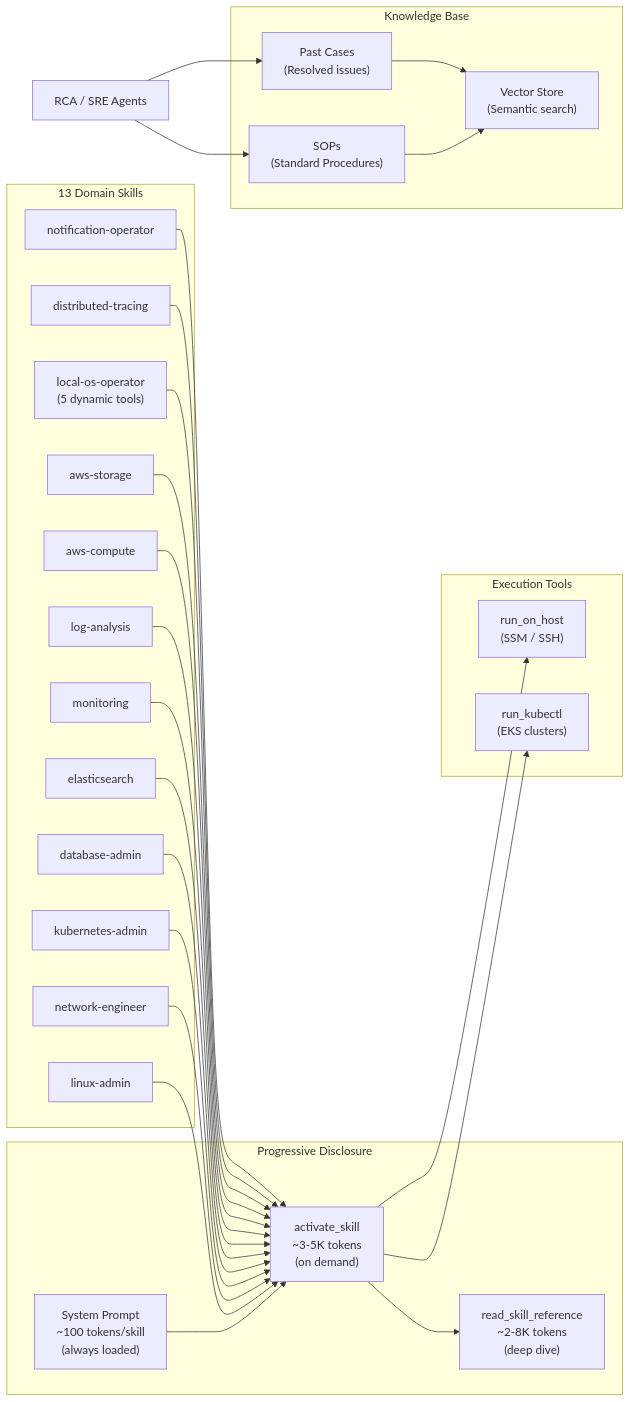
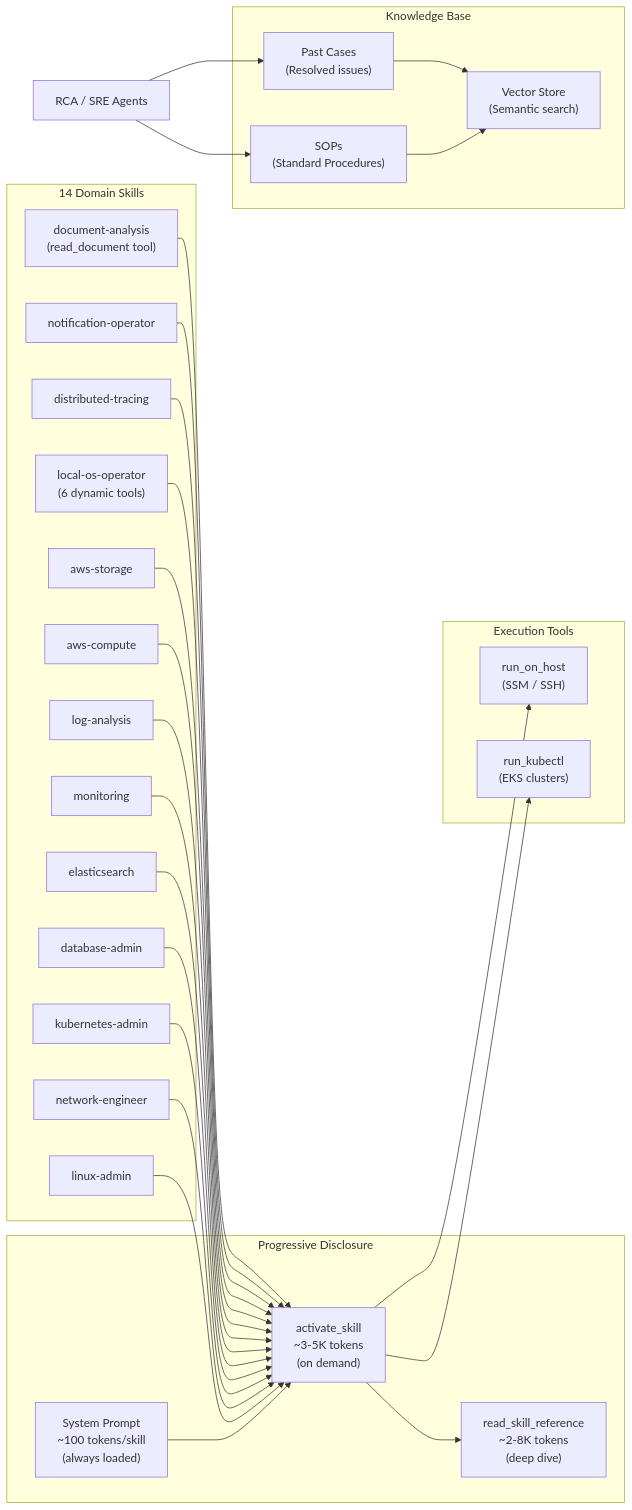
Before and after one commit to LiboMa/agenticops-chat: the seventh of 8 diagrams in docs/WORKFLOW.md, drawn with Mermaid. The commit also changed other lines of this file and 2 other files, not shown here.

Commit message:
docs: update skill count and add document-analysis to skill lists
Update CLAUDE.md, WORKFLOW.md, and ADDING_SKILLS.md to reflect the
current 14 domain skills (was 11 — missing distributed-tracing,
notification-operator, and the new document-analysis skill).

````diff
--- a/docs/WORKFLOW.md
+++ b/docs/WORKFLOW.md
@@ -312,55 +312,57 @@
 ```mermaid
 flowchart LR
     subgraph "Progressive Disclosure"
         PROMPT["System Prompt<br/>~100 tokens/skill<br/>(always loaded)"]
         ACTIVATE["activate_skill<br/>~3-5K tokens<br/>(on demand)"]
         REF["read_skill_reference<br/>~2-8K tokens<br/>(deep dive)"]
     end
 
-    subgraph "13 Domain Skills"
+    subgraph "14 Domain Skills"
         S1["linux-admin"]
         S2["network-engineer"]
         S3["kubernetes-admin"]
         S4["database-admin"]
         S5["elasticsearch"]
         S6["monitoring"]
         S7["log-analysis"]
         S8["aws-compute"]
         S9["aws-storage"]
-        S10["local-os-operator<br/>(5 dynamic tools)"]
+        S10["local-os-operator<br/>(6 dynamic tools)"]
         S11["distributed-tracing"]
         S12["notification-operator"]
+        S13["document-analysis<br/>(read_document tool)"]
     end
 
     subgraph "Execution Tools"
         HOST["run_on_host<br/>(SSM / SSH)"]
         KUBE["run_kubectl<br/>(EKS clusters)"]
     end
 
     subgraph "Knowledge Base"
         SOP["SOPs<br/>(Standard Procedures)"]
         CASES["Past Cases<br/>(Resolved issues)"]
         VEC["Vector Store<br/>(Semantic search)"]
     end
 
     PROMPT --> ACTIVATE --> REF
     S1 --> ACTIVATE
     S2 --> ACTIVATE
     S3 --> ACTIVATE
     S4 --> ACTIVATE
     S5 --> ACTIVATE
     S6 --> ACTIVATE
     S7 --> ACTIVATE
     S8 --> ACTIVATE
     S9 --> ACTIVATE
     S10 --> ACTIVATE
     S11 --> ACTIVATE
     S12 --> ACTIVATE
+    S13 --> ACTIVATE
     ACTIVATE --> HOST
     ACTIVATE --> KUBE
 
     RCA["RCA / SRE Agents"] --> SOP
     RCA --> CASES
     SOP --> VEC
     CASES --> VEC
 ```
````
